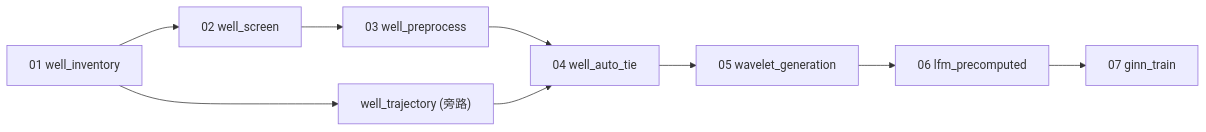
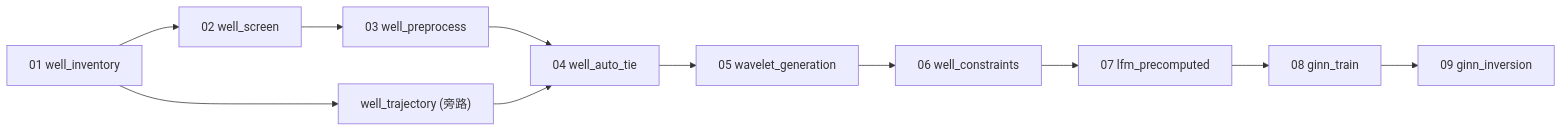
Before and after one commit to oimero/inversion_workflow: the diagram in docs/concepts/time-domain-workflow.md, drawn with Mermaid. The commit also changed other lines of this file and 9 other files, not shown here.

````diff
--- a/docs/concepts/time-domain-workflow.md
+++ b/docs/concepts/time-domain-workflow.md
@@ -27,11 +29,13 @@
 ```mermaid
 flowchart LR
   A["01 well_inventory"] --> B["02 well_screen"]
   B --> C["03 well_preprocess"]
   C --> D["04 well_auto_tie"]
   D --> E["05 wavelet_generation"]
-  E --> F["06 lfm_precomputed"]
-  F --> G["07 ginn_train"]
+  E --> F["06 well_constraints"]
+  F --> G["07 lfm_precomputed"]
+  G --> H["08 ginn_train"]
+  H --> I["09 ginn_inversion"]
   A --> T["well_trajectory (旁路)"]
   T --> D
 ```
````
